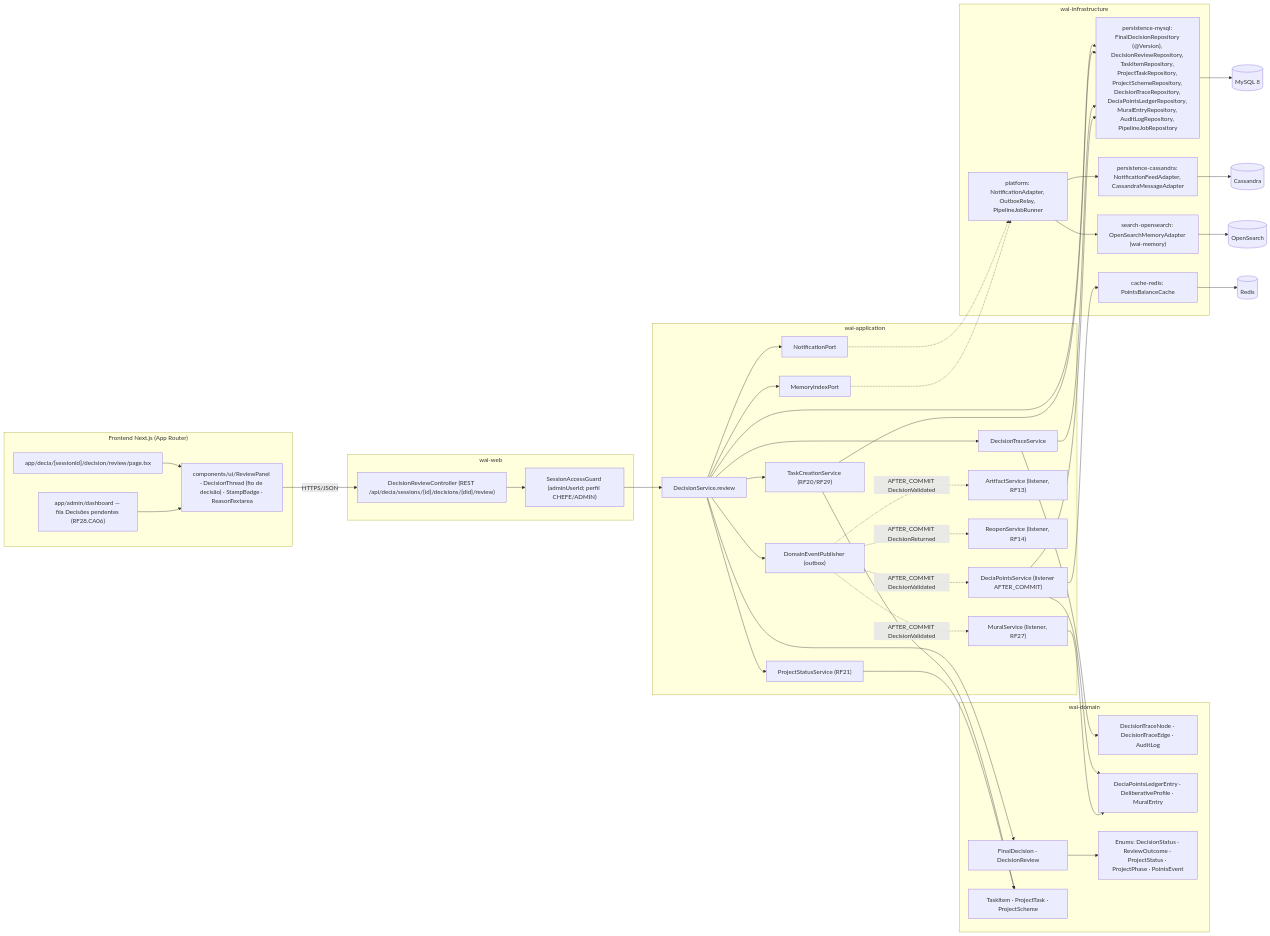
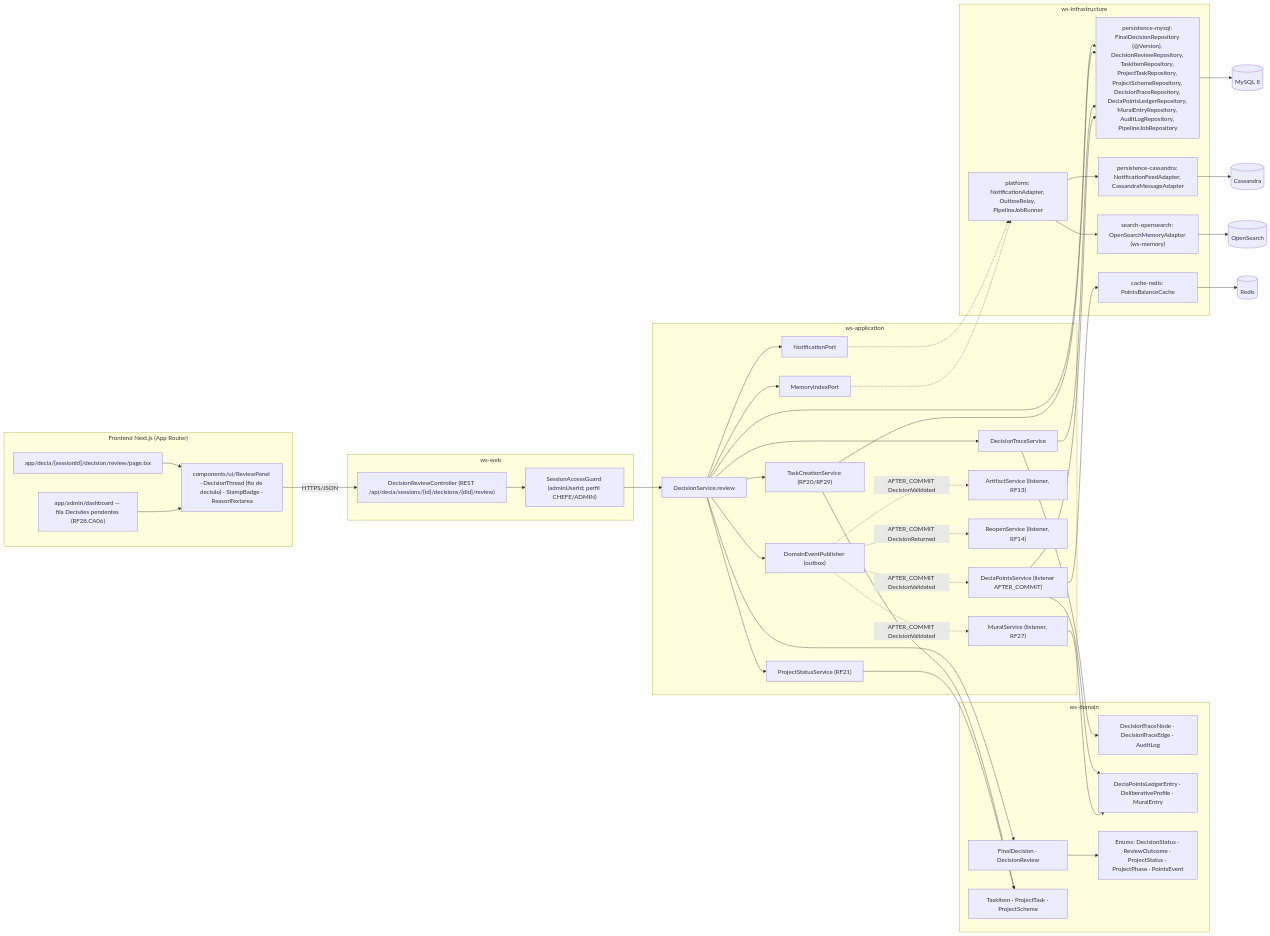
The fifth of 5 diagrams in docs/diagramas/RF15/README.md (MatheusHaliski/Decia-app-2026), drawn with Mermaid before and after one commit. The commit also changed other lines of this file and 65 other files, not shown here.

First line of the commit message:
docs: renomeia o produto para Work Station (módulos ws-*), UserPreferences no diagrama v1, RF44/RF45 ajustados, design system (tokens, components.css, 66 ícones, 112 anatomias SVG, galeria e capturas) e dúvidas Q-36..Q-43

````diff
--- a/docs/diagramas/RF15/README.md
+++ b/docs/diagramas/RF15/README.md
@@ -478,82 +478,82 @@
 ```mermaid
 flowchart LR
   subgraph FE["Frontend Next.js (App Router)"]
     FE1["app/decia/[sessionId]/decision/review/page.tsx"]
     FE2["app/admin/dashboard — fila Decisões pendentes (RF28.CA06)"]
     FE3["components/ui/ReviewPanel · DecisionThread (fio de decisão) · StampBadge · ReasonTextarea"]
   end
 
-  subgraph WEB["wai-web"]
+  subgraph WEB["ws-web"]
     W1["DecisionReviewController (REST /api/decia/sessions/{id}/decisions/{did}/review)"]
     W2["SessionAccessGuard (adminUserId; perfil CHEFE/ADMIN)"]
   end
 
-  subgraph APP["wai-application"]
+  subgraph APP["ws-application"]
     S1["DecisionService.review"]
     S2["TaskCreationService (RF20/RF29)"]
     S3["ProjectStatusService (RF21)"]
     S4["DecisionTraceService"]
     S5["DeciaPointsService (listener AFTER_COMMIT)"]
     S6["MuralService (listener, RF27)"]
     S7["ArtifactService (listener, RF13)"]
     S8["ReopenService (listener, RF14)"]
     P1["NotificationPort"]
     P2["MemoryIndexPort"]
     P3["DomainEventPublisher (outbox)"]
   end
 
-  subgraph DOM["wai-domain"]
+  subgraph DOM["ws-domain"]
     D1["FinalDecision · DecisionReview"]
     D2["TaskItem · ProjectTask · ProjectScheme"]
     D3["DecisionTraceNode · DecisionTraceEdge · AuditLog"]
     D4["DeciaPointsLedgerEntry · DeliberativeProfile · MuralEntry"]
     D5["Enums: DecisionStatus · ReviewOutcome · ProjectStatus · ProjectPhase · PointsEvent"]
   end
 
-  subgraph INFRA["wai-infrastructure"]
+  subgraph INFRA["ws-infrastructure"]
     I1["persistence-mysql: FinalDecisionRepository (@Version), DecisionReviewRepository, TaskItemRepository, ProjectTaskRepository, ProjectSchemeRepository, DecisionTraceRepository, DeciaPointsLedgerRepository, MuralEntryRepository, AuditLogRepository, PipelineJobRepository"]
     I2["persistence-cassandra: NotificationFeedAdapter, CassandraMessageAdapter"]
-    I3["search-opensearch: OpenSearchMemoryAdapter (wai-memory)"]
+    I3["search-opensearch: OpenSearchMemoryAdapter (ws-memory)"]
     I4["cache-redis: PointsBalanceCache"]
     I5["platform: NotificationAdapter, OutboxRelay, PipelineJobRunner"]
   end
 
   MY[("MySQL 8")]
   CA[("Cassandra")]
   OS[("OpenSearch")]
   RD[("Redis")]
 
   FE1 --> FE3
   FE2 --> FE3
   FE3 -->|HTTPS/JSON| W1 --> W2 --> S1
   S1 --> S2
   S1 --> S3
   S1 --> S4
   S1 --> P1
   S1 --> P2
   S1 --> P3
   P3 -.->|AFTER_COMMIT DecisionValidated| S5
   P3 -.->|AFTER_COMMIT DecisionValidated| S6
   P3 -.->|AFTER_COMMIT DecisionValidated| S7
   P3 -.->|AFTER_COMMIT DecisionReturned| S8
   S1 --> D1
   S2 --> D2
   S3 --> D2
   S4 --> D3
   S5 --> D4
   S6 --> D4
   D1 --> D5
   P1 -.-> I5
   P2 -.-> I5
   I5 --> I2
   I5 --> I3
   S5 --> I4
   S1 --> I1
   S2 --> I1
   S4 --> I1
   S5 --> I1
   I1 --> MY
   I2 --> CA
   I3 --> OS
   I4 --> RD
 ```
````
